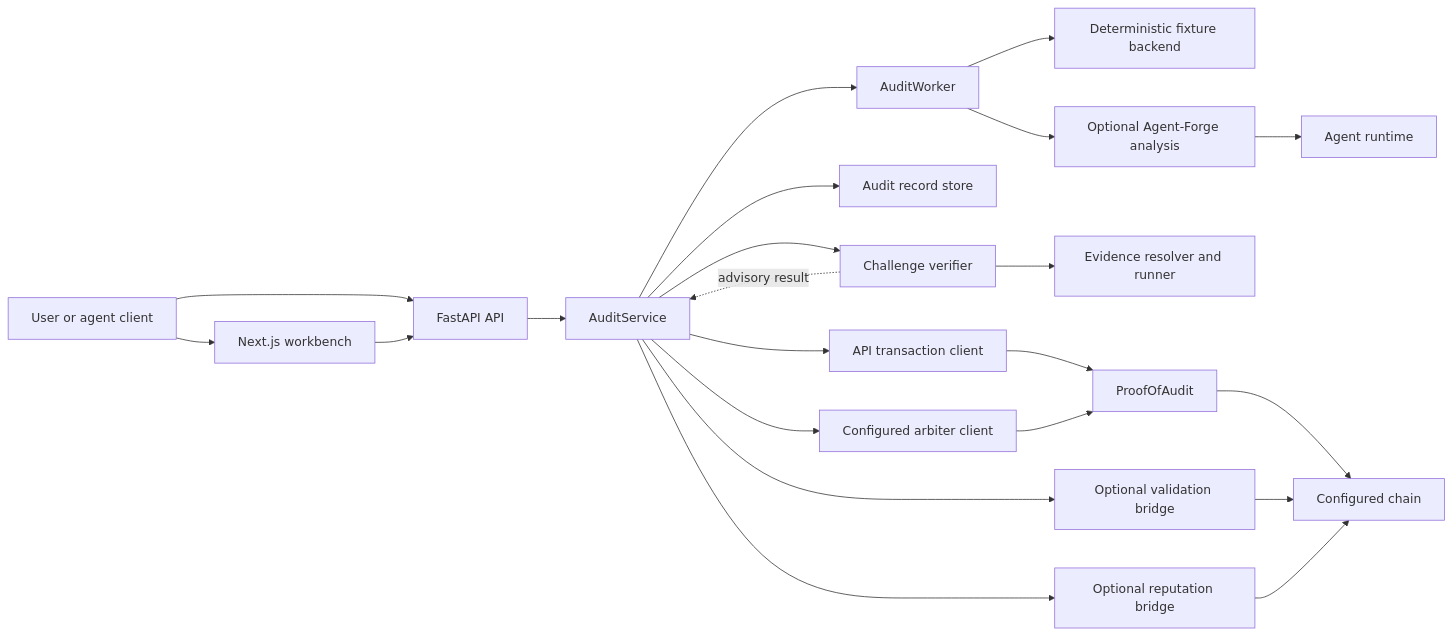
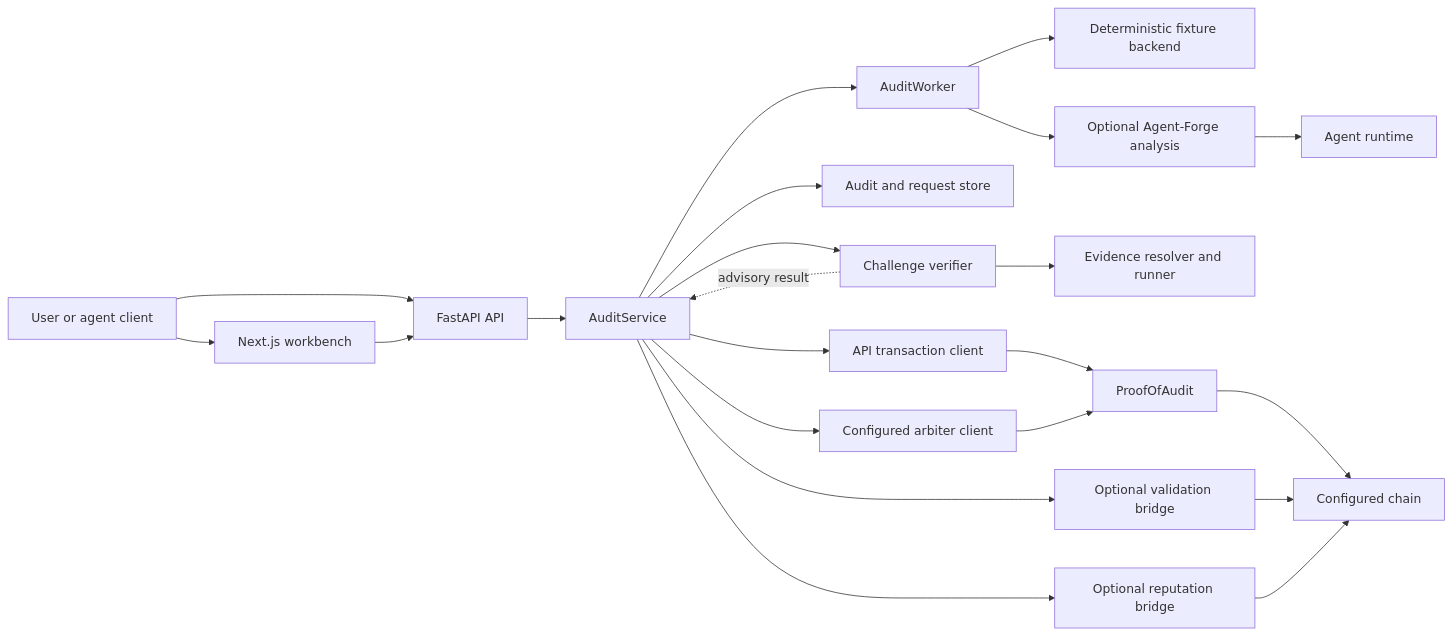
Before and after one commit to akoita/proof-of-audit: the diagram in docs/architecture/overview.md, drawn with Mermaid. The commit also changed other lines of this file and 8 other files, not shown here.

````diff
--- a/docs/architecture/overview.md
+++ b/docs/architecture/overview.md
@@ -9,24 +9,24 @@
 ```mermaid
 flowchart LR
     User["User or agent client"] --> Web["Next.js workbench"]
     User --> API["FastAPI API"]
     Web --> API
     API --> Service["AuditService"]
     Service --> Worker["AuditWorker"]
     Worker --> Fixtures["Deterministic fixture backend"]
     Worker --> Forge["Optional Agent-Forge analysis"]
     Forge --> Sandbox["Agent runtime"]
-    Service --> Store["Audit record store"]
+    Service --> Store["Audit and request store"]
     Service --> Publisher["API transaction client"]
     Service --> Verifier["Challenge verifier"]
     Verifier --> Runner["Evidence resolver and runner"]
     Verifier -. "advisory result" .-> Service
     Service --> Arbiter["Configured arbiter client"]
     Publisher --> Contract["ProofOfAudit"]
     Arbiter --> Contract
     Contract --> Chain["Configured chain"]
     Service --> Validation["Optional validation bridge"]
     Service --> Reputation["Optional reputation bridge"]
     Validation --> Chain
     Reputation --> Chain
 ```
````
